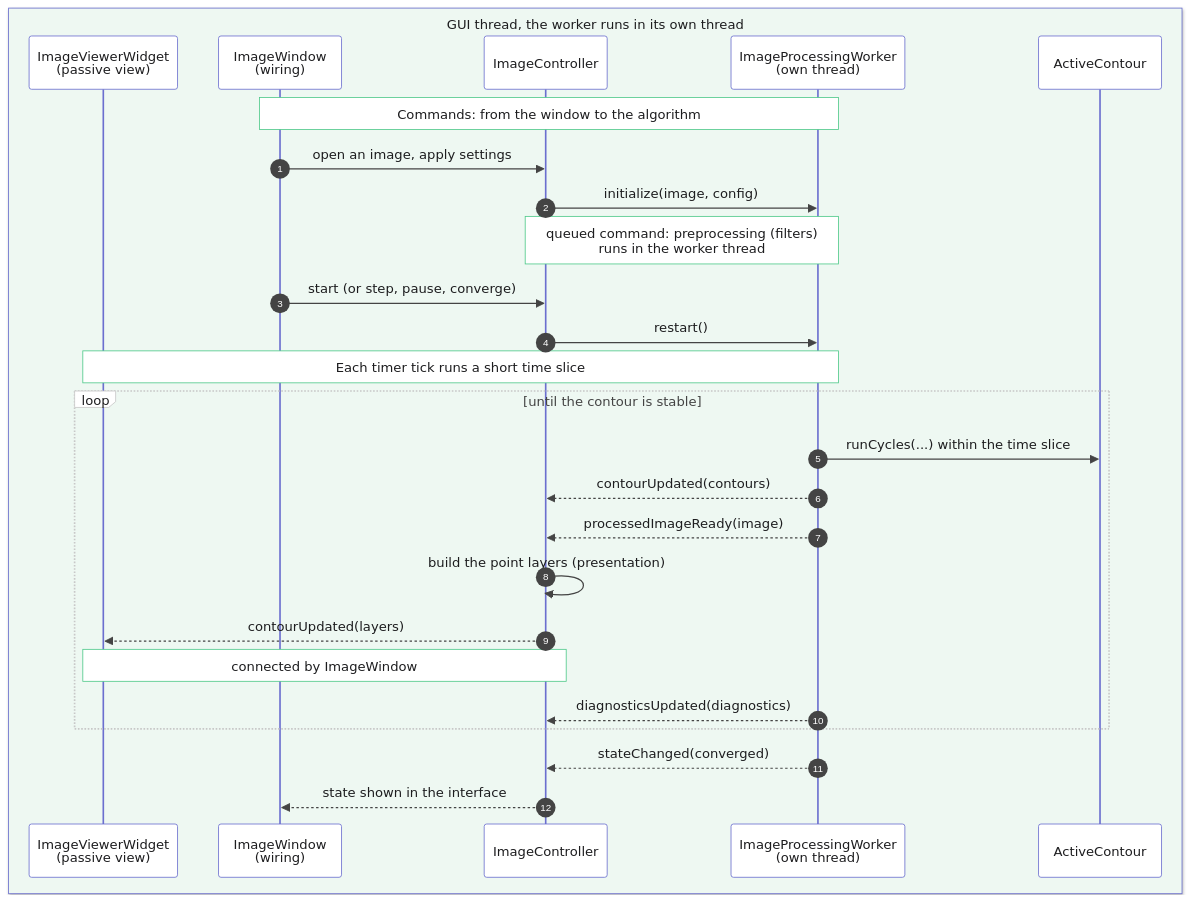
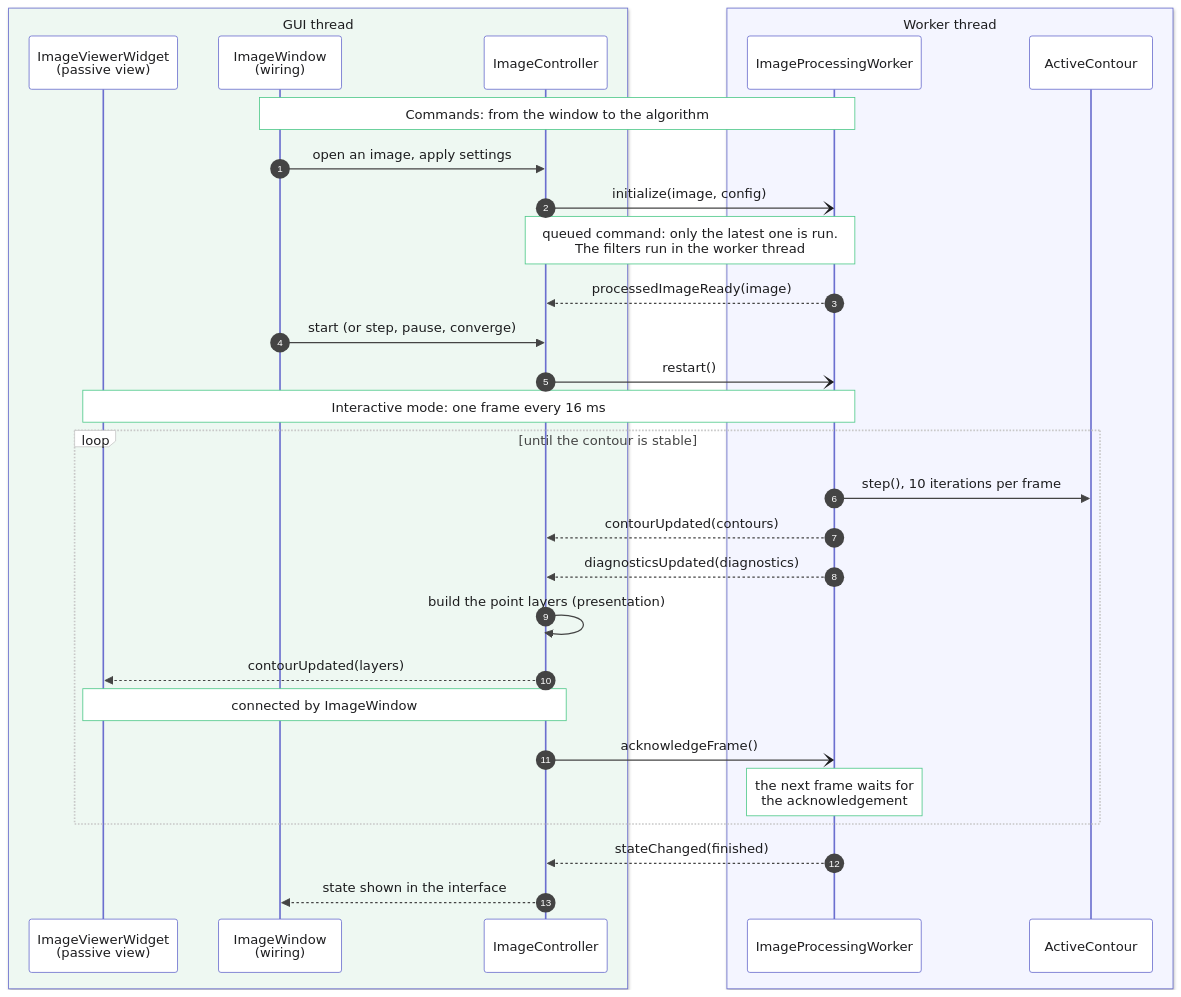
One commit to fluvel-io/fluvel-set changed the diagram in docs/mermaid/image_session_sequence.mmd. Above: the diagram before and after it, drawn with Mermaid. The commit also changed 7 other files, not shown here.

Commit message:
docs: describe the producer/consumer policies of each thread

```diff
--- a/docs/mermaid/image_session_sequence.mmd
+++ b/docs/mermaid/image_session_sequence.mmd
@@ -1,39 +1,43 @@
 %%{init: {"theme": "base", "themeVariables": {
   "primaryColor": "#f4f5ff", "primaryBorderColor": "#6b6fcf", "primaryTextColor": "#1d1d1f",
   "lineColor": "#6b6fcf", "actorBkg": "#ffffff", "actorBorder": "#6b6fcf", "actorTextColor": "#1d1d1f",
   "noteBkgColor": "#ffffff", "noteBorderColor": "#4fc98a", "noteTextColor": "#1d1d1f",
   "signalColor": "#444444", "signalTextColor": "#1d1d1f", "labelBoxBkgColor": "#ffffff",
   "labelBoxBorderColor": "#c8c8c8", "loopTextColor": "#444444", "sequenceNumberColor": "#ffffff"}}}%%
 sequenceDiagram
     autonumber
 
-    box rgb(238,248,242) GUI thread, the worker runs in its own thread
+    box rgb(238,248,242) GUI thread
         participant V as ImageViewerWidget<br/>(passive view)
         participant W as ImageWindow<br/>(wiring)
         participant C as ImageController
-        participant P as ImageProcessingWorker<br/>(own thread)
+    end
+    box rgb(244,245,255) Worker thread
+        participant P as ImageProcessingWorker
         participant A as ActiveContour
     end
 
     Note over W,P: Commands: from the window to the algorithm
 
     W->>C: open an image, apply settings
-    C->>P: initialize(image, config)
-    Note over C,P: queued command: preprocessing (filters)<br/>runs in the worker thread
+    C-)P: initialize(image, config)
+    Note over C,P: queued command: only the latest one is run.<br/>The filters run in the worker thread
+    P-->>C: processedImageReady(image)
     W->>C: start (or step, pause, converge)
-    C->>P: restart()
+    C-)P: restart()
 
-    Note over P,V: Each timer tick runs a short time slice
+    Note over P,V: Interactive mode: one frame every 16 ms
 
     loop until the contour is stable
-        P->>A: runCycles(...) within the time slice
+        P->>A: step(), 10 iterations per frame
         P-->>C: contourUpdated(contours)
-        P-->>C: processedImageReady(image)
+        P-->>C: diagnosticsUpdated(diagnostics)
         C->>C: build the point layers (presentation)
         C-->>V: contourUpdated(layers)
         Note over C,V: connected by ImageWindow
-        P-->>C: diagnosticsUpdated(diagnostics)
+        C-)P: acknowledgeFrame()
+        Note over P: the next frame waits for<br/>the acknowledgement
     end
 
-    P-->>C: stateChanged(converged)
+    P-->>C: stateChanged(finished)
     C-->>W: state shown in the interface
```
